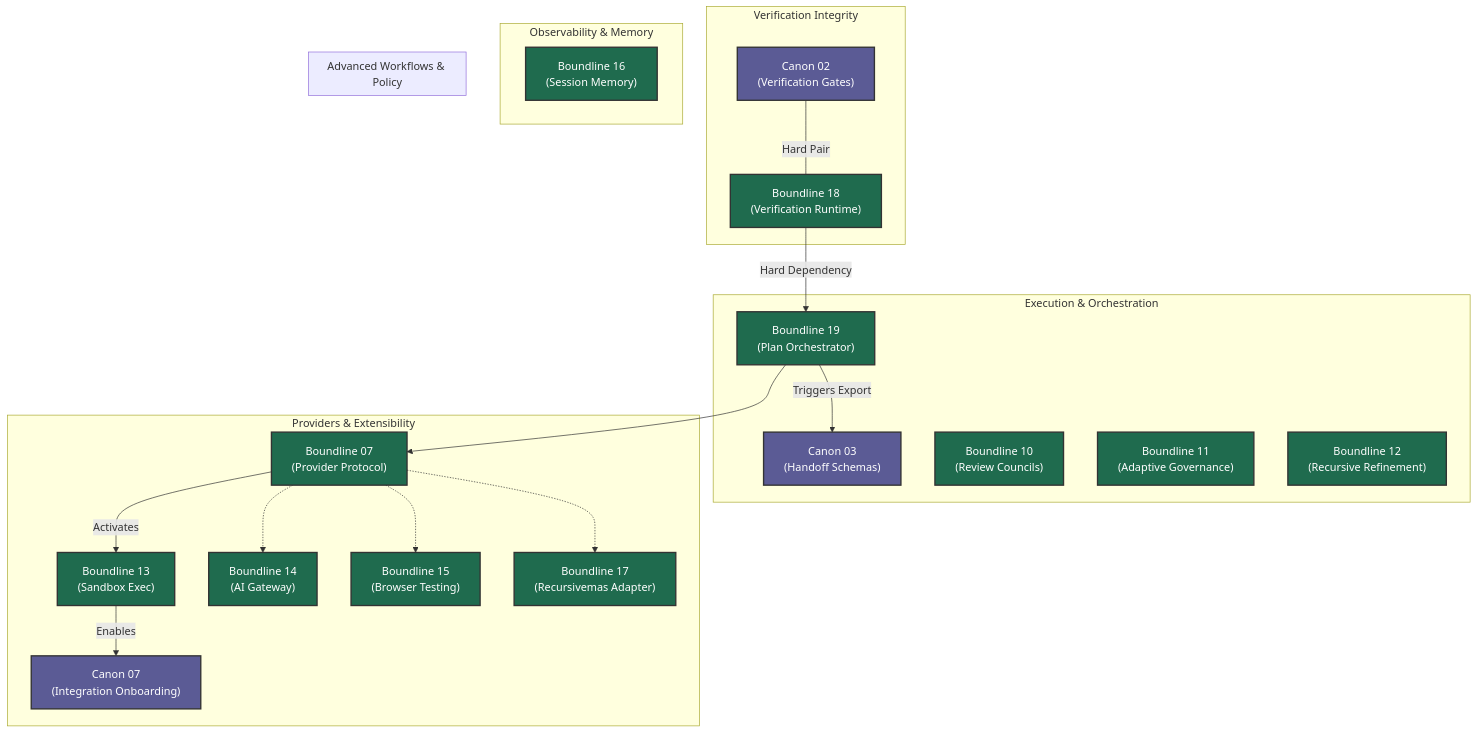
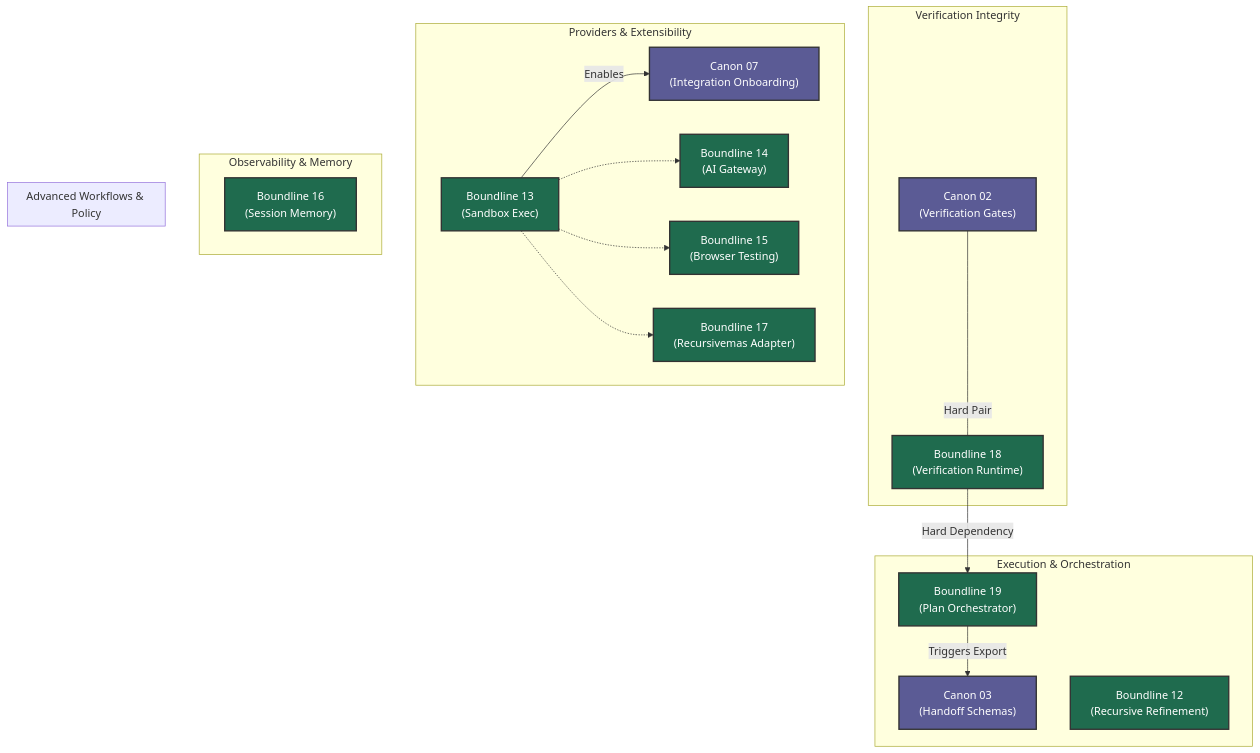
The diagram in roadmap/joint-roadmap-graph.md (apply-the/boundline), drawn with Mermaid before and after one commit. The commit also changed other lines of this file and 62 other files, not shown here.

First line of the commit message:
feat(governance): implement adaptive governance semantic events and fix dead code

````diff
--- a/roadmap/joint-roadmap-graph.md
+++ b/roadmap/joint-roadmap-graph.md
@@ -7,48 +7,43 @@
 ```mermaid
 flowchart TD
     %% Styling
     classDef canon fill:#5b5b95,stroke:#333,stroke-width:2px,color:#fff
     classDef boundline fill:#1f6b4e,stroke:#333,stroke-width:2px,color:#fff
 
     subgraph Verification Integrity
         C02["Canon 02<br/>(Verification Gates)"]:::canon
         B18["Boundline 18<br/>(Verification Runtime)"]:::boundline
     end
 
     subgraph Execution & Orchestration
         B19["Boundline 19<br/>(Plan Orchestrator)"]:::boundline
         C03["Canon 03<br/>(Handoff Schemas)"]:::canon
-        B10["Boundline 10<br/>(Review Councils)"]:::boundline
-        B11["Boundline 11<br/>(Adaptive Governance)"]:::boundline
         B12["Boundline 12<br/>(Recursive Refinement)"]:::boundline
     end
 
     subgraph Providers & Extensibility
-        B07["Boundline 07<br/>(Provider Protocol)"]:::boundline
         B13["Boundline 13<br/>(Sandbox Exec)"]:::boundline
         C07["Canon 07<br/>(Integration Onboarding)"]:::canon
         B14["Boundline 14<br/>(AI Gateway)"]:::boundline
         B15["Boundline 15<br/>(Browser Testing)"]:::boundline
         B17["Boundline 17<br/>(Recursivemas Adapter)"]:::boundline
     end
 
     subgraph Observability & Memory
         B16["Boundline 16<br/>(Session Memory)"]:::boundline
     end
 
     subgraph Advanced Workflows & Policy
     end
 
     %% Key Dependencies
     C02 ---|Hard Pair| B18
     B18 -->|Hard Dependency| B19
     B19 -->|Triggers Export| C03
-    B19 --> B07
-    B07 -->|Activates| B13
     B13 -->|Enables| C07
     
-    B07 -.-> B14
-    B07 -.-> B15
-    B07 -.-> B17
+    B13 -.-> B14
+    B13 -.-> B15
+    B13 -.-> B17
 
 ```
````
